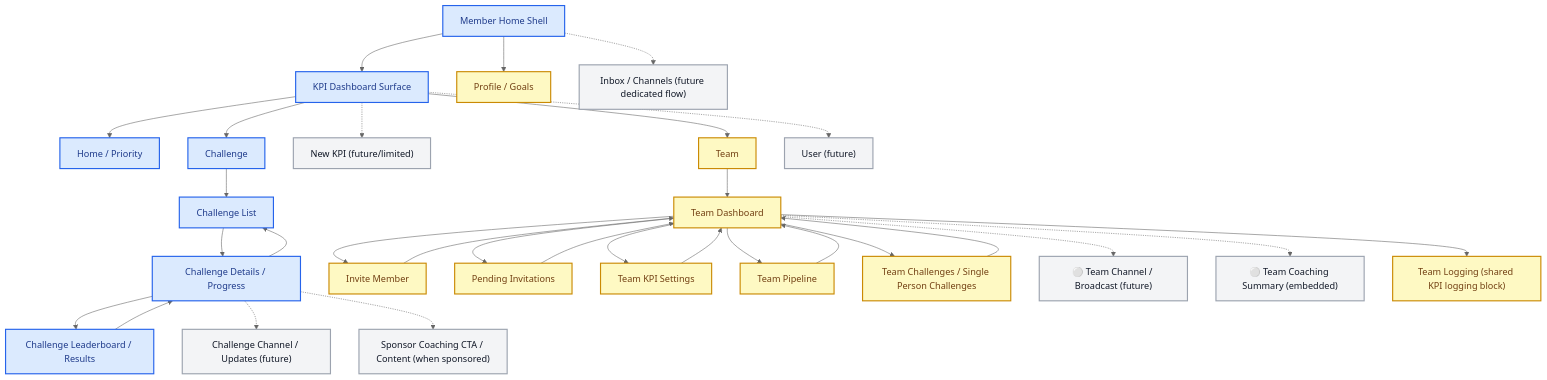
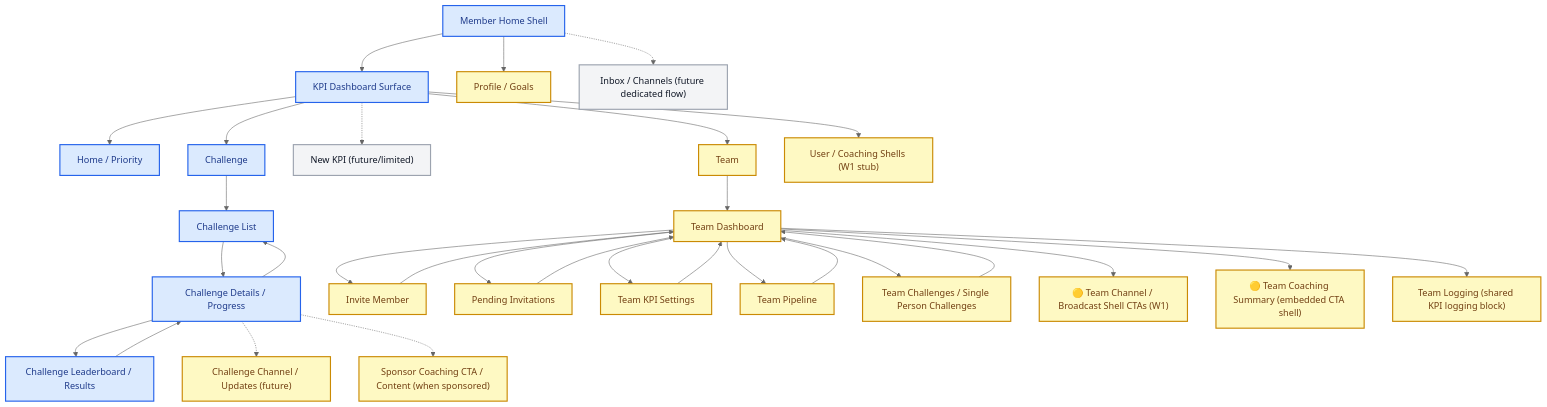
The fifth of 9 diagrams in docs/spec/appendix/INTENDED_WIRING_DIAGRAM.md (jonhazeltine/compass-kpi), drawn with Mermaid (neutral theme) before and after one commit. The commit also changed other lines of this file and 3 other files, not shown here.

Commit message:
Add coaching W1 shells and placeholder entry points

````diff
--- a/docs/spec/appendix/INTENDED_WIRING_DIAGRAM.md
+++ b/docs/spec/appendix/INTENDED_WIRING_DIAGRAM.md
@@ -161,45 +161,45 @@
 ```mermaid
 flowchart TD
   H["Member Home Shell"] --> K["KPI Dashboard Surface"]
   H --> P["Profile / Goals"]
   H -.-> I["Inbox / Channels (future dedicated flow)"]
 
   K --> T1["Home / Priority"]
   K --> T2["Challenge"]
   K -.-> T3["New KPI (future/limited)"]
   K --> T4["Team"]
-  K -.-> T5["User (future)"]
+  K --> T5["User / Coaching Shells (W1 stub)"]
 
   T2 --> C1["Challenge List"]
   C1 --> C2["Challenge Details / Progress"]
   C2 --> C3["Challenge Leaderboard / Results"]
   C2 -.-> C4["Challenge Channel / Updates (future)"]
   C2 -.-> C5["Sponsor Coaching CTA / Content (when sponsored)"]
   C3 --> C2
   C2 --> C1
 
   T4 --> TD["Team Dashboard"]
   TD --> TI["Invite Member"]
   TD --> TP["Pending Invitations"]
   TD --> TK["Team KPI Settings"]
   TD --> TPL["Team Pipeline"]
   TD --> TC["Team Challenges / Single Person Challenges"]
-  TD -.-> TComm["⚪ Team Channel / Broadcast (future)"]
-  TD -.-> TCoach["⚪ Team Coaching Summary (embedded)"]
+  TD --> TComm["🟡 Team Channel / Broadcast Shell CTAs (W1)"]
+  TD --> TCoach["🟡 Team Coaching Summary (embedded CTA shell)"]
   TD --> TL["Team Logging (shared KPI logging block)"]
 
   TI --> TD
   TP --> TD
   TK --> TD
   TPL --> TD
   TC --> TD
 
   classDef mvp fill:#dbeafe,stroke:#2563eb,color:#1e3a8a,stroke-width:2px;
   classDef prod fill:#dcfce7,stroke:#16a34a,color:#14532d,stroke-width:2px;
   classDef framed fill:#fef9c3,stroke:#ca8a04,color:#713f12,stroke-width:2px;
   classDef missing fill:#f3f4f6,stroke:#9ca3af,color:#111827,stroke-width:2px;
 
   class H,K,T1,T2,C1,C2,C3 mvp;
-  class P,T4,TD,TI,TP,TK,TPL,TC,TL framed;
-  class I,T3,T5,C4,C5,TComm,TCoach missing;
+  class P,T4,TD,TI,TP,TK,TPL,TC,TL,T5,TComm,TCoach,C4,C5 framed;
+  class I,T3 missing;
 ```
````
